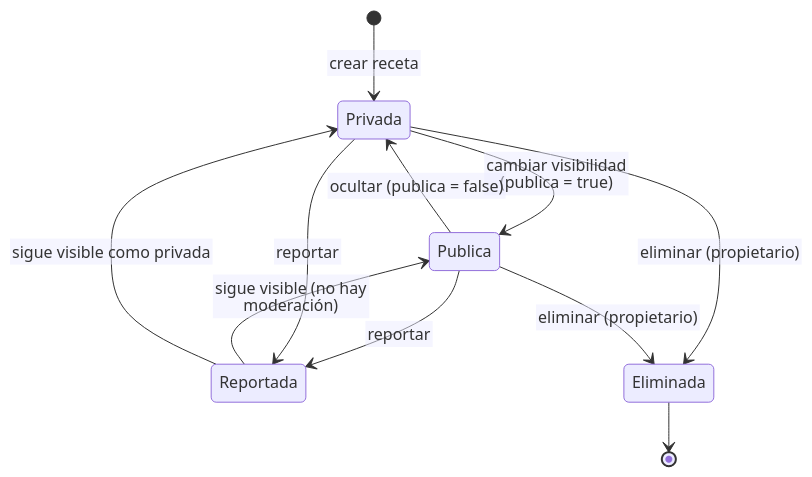
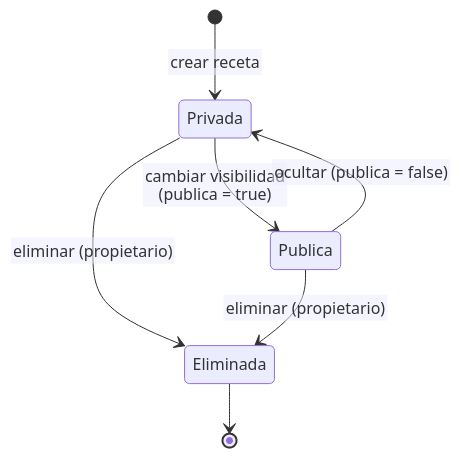
Before and after one commit to CarlosOrozco-1/Recetario_mongodb: the diagram in docs/diagramas/estado/receta.md, drawn with Mermaid. The commit also changed other lines of this file and 28 other files, not shown here.

Commit message:
docs(diagramas): regenerar ER, flujo, casos de uso y estados; recompilar DERCAS

````diff
--- a/docs/diagramas/estado/receta.md
+++ b/docs/diagramas/estado/receta.md
@@ -11,14 +11,10 @@
 ```mermaid
 %%{init: {"htmlLabels": false}}%%
 stateDiagram-v2
     [*] --> Privada: crear receta
     Privada --> Publica: cambiar visibilidad (publica = true)
     Publica --> Privada: ocultar (publica = false)
-    Publica --> Reportada: reportar
-    Privada --> Reportada: reportar
-    Reportada --> Publica: sigue visible (no hay moderación)
-    Reportada --> Privada: sigue visible como privada
     Privada --> Eliminada: eliminar (propietario)
     Publica --> Eliminada: eliminar (propietario)
     Eliminada --> [*]
 ```
````
